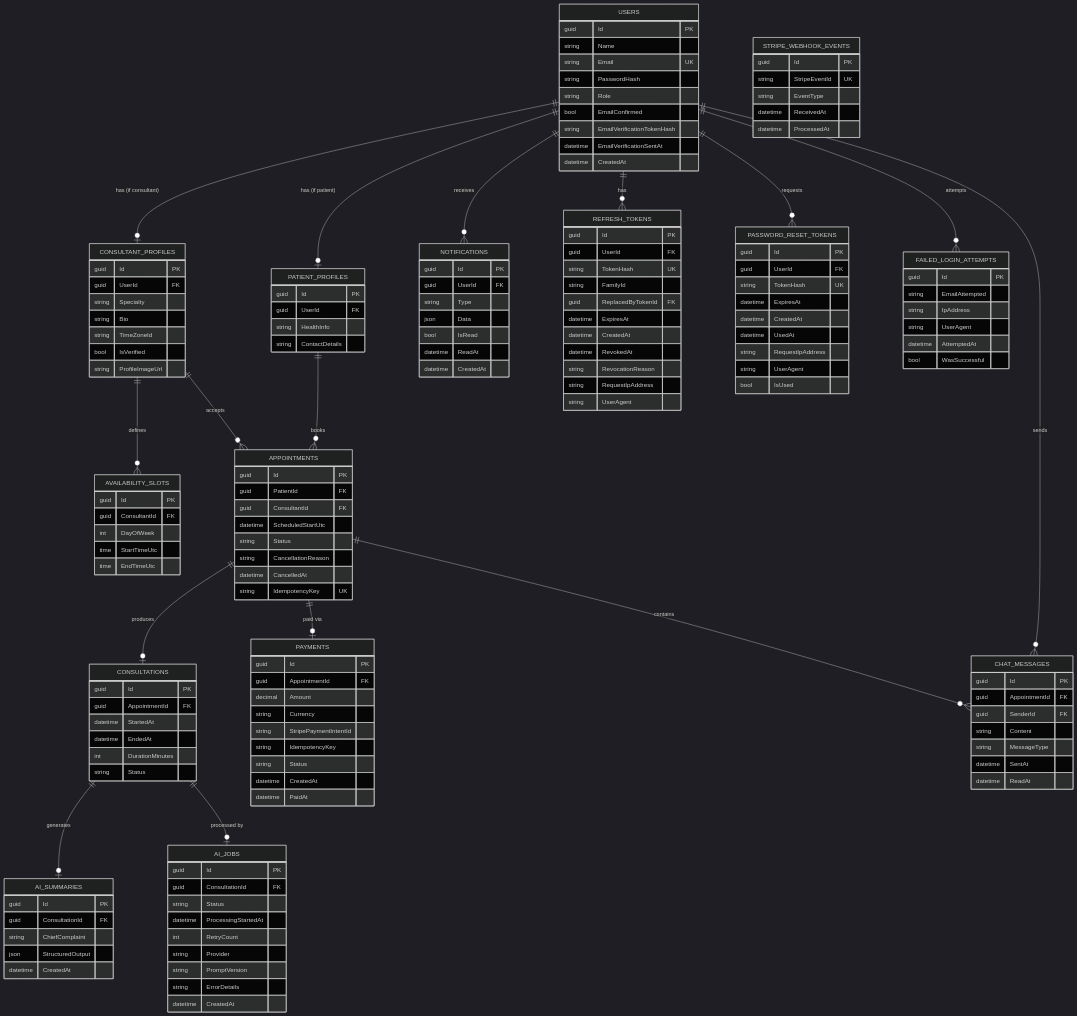
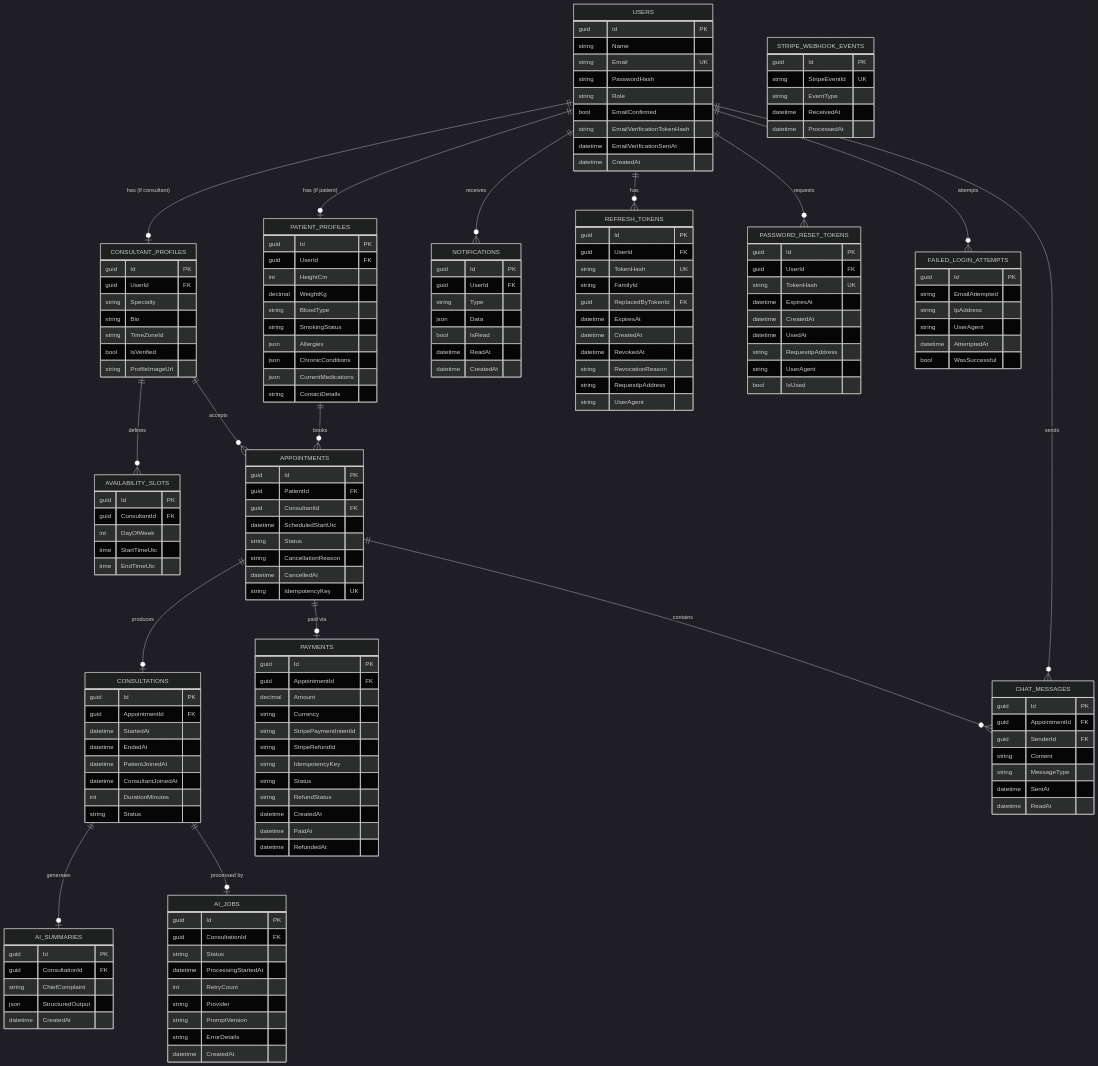
The diagram in ERD/ERD_complete.md (Marwansalem122/-Full-Stack-Telehealth-App-Flutter-BLoC-Dotnet-core10-Masterclass-Clean-Architecture-WebRTC-Stripe), drawn with Mermaid (dark theme) before and after one commit. The commit also changed other lines of this file and 261 other files, not shown here.

```diff
--- a/ERD/ERD_complete.md
+++ b/ERD/ERD_complete.md
@@ -48,7 +48,13 @@
     PATIENT_PROFILES {
         guid Id PK
         guid UserId FK
-        string HealthInfo
+        int HeightCm
+        decimal WeightKg
+        string BloodType
+        string SmokingStatus
+        json Allergies
+        json ChronicConditions
+        json CurrentMedications
         string ContactDetails
     }
 
@@ -76,6 +82,8 @@
         guid AppointmentId FK
         datetime StartedAt
         datetime EndedAt
+        datetime PatientJoinedAt
+        datetime ConsultantJoinedAt
         int DurationMinutes
         string Status
     }
@@ -86,10 +94,13 @@
         decimal Amount
         string Currency
         string StripePaymentIntentId
+        string StripeRefundId
         string IdempotencyKey
         string Status
+        string RefundStatus
         datetime CreatedAt
         datetime PaidAt
+        datetime RefundedAt
     }
 
     CHAT_MESSAGES {
```
